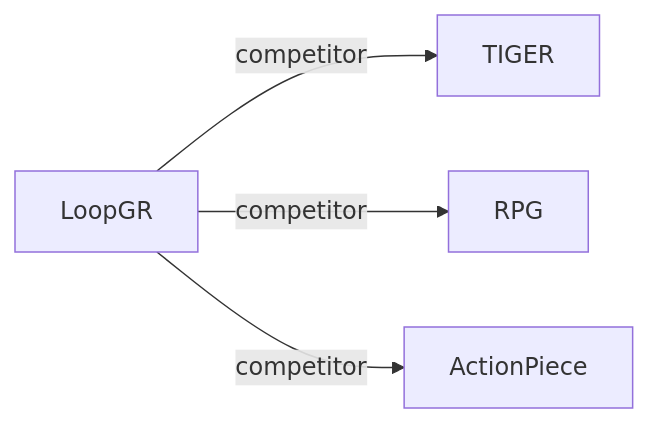
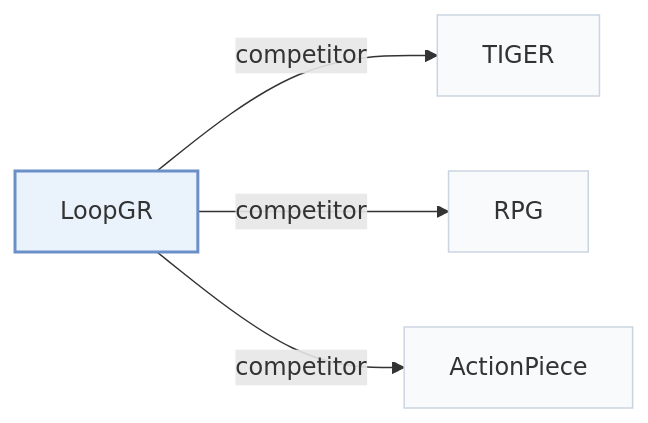
The second of 2 diagrams in pages/papers/loopgr.md (Galaxy-ghost/Awesome-SID-Generative-Rec), drawn with Mermaid before and after one commit. The commit also changed other lines of this file and 649 other files, not shown here.

Commit message:
writer-05: also tags and modality index (schema, check, build, visuals); summary field removed; calibration data for 12 papers

````diff
--- a/pages/papers/loopgr.md
+++ b/pages/papers/loopgr.md
@@ -68,7 +73,11 @@
 ```mermaid
 flowchart LR
     P["LoopGR"]
-    P -->|competitor| A["TIGER"]
-    P -->|competitor| B["RPG"]
-    P -->|competitor| C["ActionPiece"]
+    P -->|"competitor"| A["TIGER"]
+    P -->|"competitor"| B["RPG"]
+    P -->|"competitor"| C["ActionPiece"]
+    classDef main fill:#eaf2fb,stroke:#6b8fc7,stroke-width:2px
+    classDef peer fill:#f8fafc,stroke:#cbd5e1
+    class P main
+    class A,B,C peer
 ```
````
